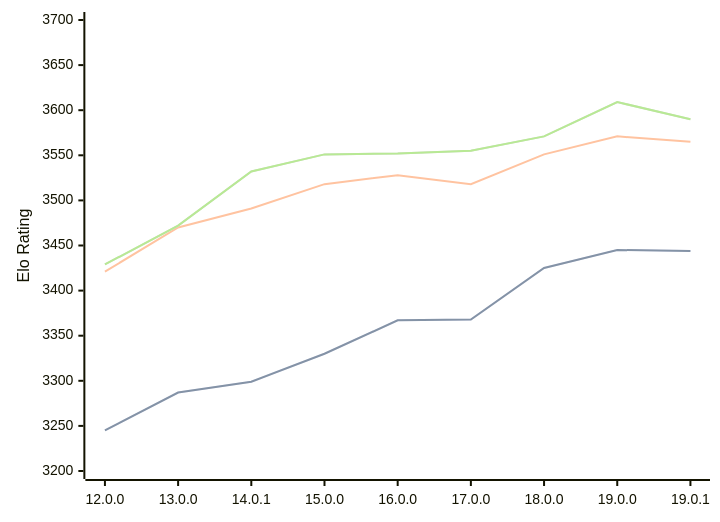
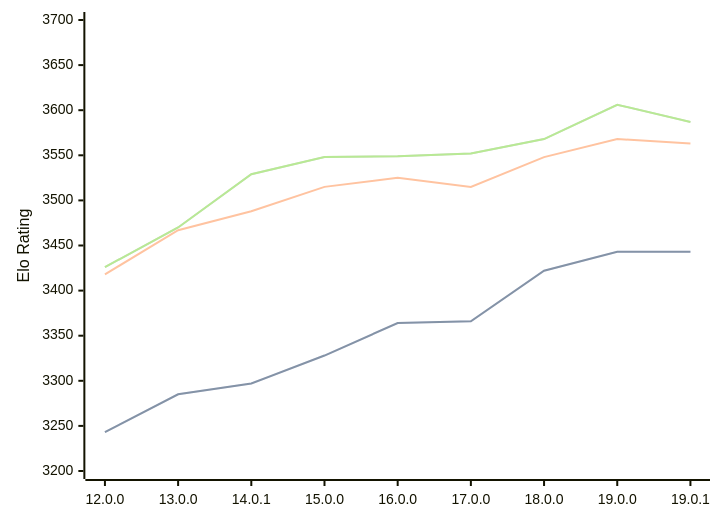
The diagram in engines/Viridithas.md (computer-chess-index/cci), drawn with Mermaid before and after one commit. The commit also changed other lines of this file, not shown here.

Commit message:
Update CCI Ratings (ELO VLTC) - 2026-04-23

````diff
--- a/engines/Viridithas.md
+++ b/engines/Viridithas.md
@@ -63,11 +63,11 @@
 ```mermaid
 %%{init: {"theme":"base","themeVariables":{"seriesColors:['#a3a3a3','#222221','#faa371']}}}%%
 xychart-beta
   x-axis ["12.0.0", "13.0.0", "14.0.1", "15.0.0", "16.0.0", "17.0.0", "18.0.0", "19.0.0", "19.0.1"]
   y-axis "Elo Rating" 3200 --> 3700
-  line "STC (8.0+0.08s)" [3245, 3287, 3299, 3330, 3367, 3368, 3425, 3445, 3444]
-  line "STC (8.0+0.08s)" [3245, 3287, 3299, 3330, 3367, 3368, 3425, 3445, 3444]
-  line "LTC (60.0+0.60s)" [3421, 3470, 3491, 3518, 3528, 3518, 3551, 3571, 3565]
-  line "VLTC (2m24s+1.12s)" [3429, 3472, 3532, 3551, 3552, 3555, 3571, 3609, 3590]
-  line "VLTC (2m24s+1.12s)" [3429, 3472, 3532, 3551, 3552, 3555, 3571, 3609, 3590]
+  line "STC (8.0+0.08s)" [3243, 3285, 3297, 3328, 3364, 3366, 3422, 3443, 3443]
+  line "STC (8.0+0.08s)" [3243, 3285, 3297, 3328, 3364, 3366, 3422, 3443, 3443]
+  line "LTC (60.0+0.60s)" [3418, 3467, 3488, 3515, 3525, 3515, 3548, 3568, 3563]
+  line "VLTC (2m24s+1.12s)" [3426, 3470, 3529, 3548, 3549, 3552, 3568, 3606, 3587]
+  line "VLTC (2m24s+1.12s)" [3426, 3470, 3529, 3548, 3549, 3552, 3568, 3606, 3587]
 ```
````
